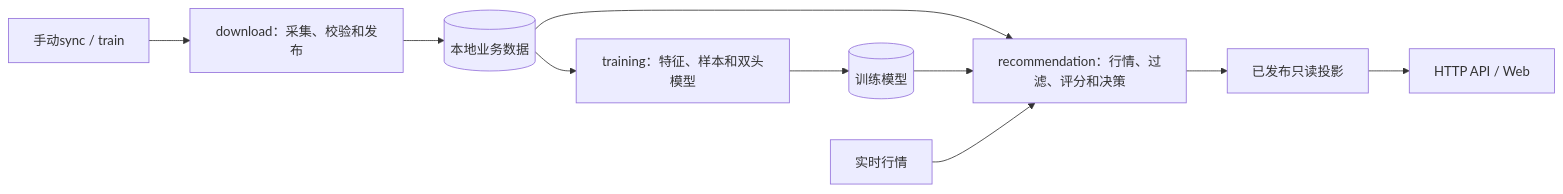
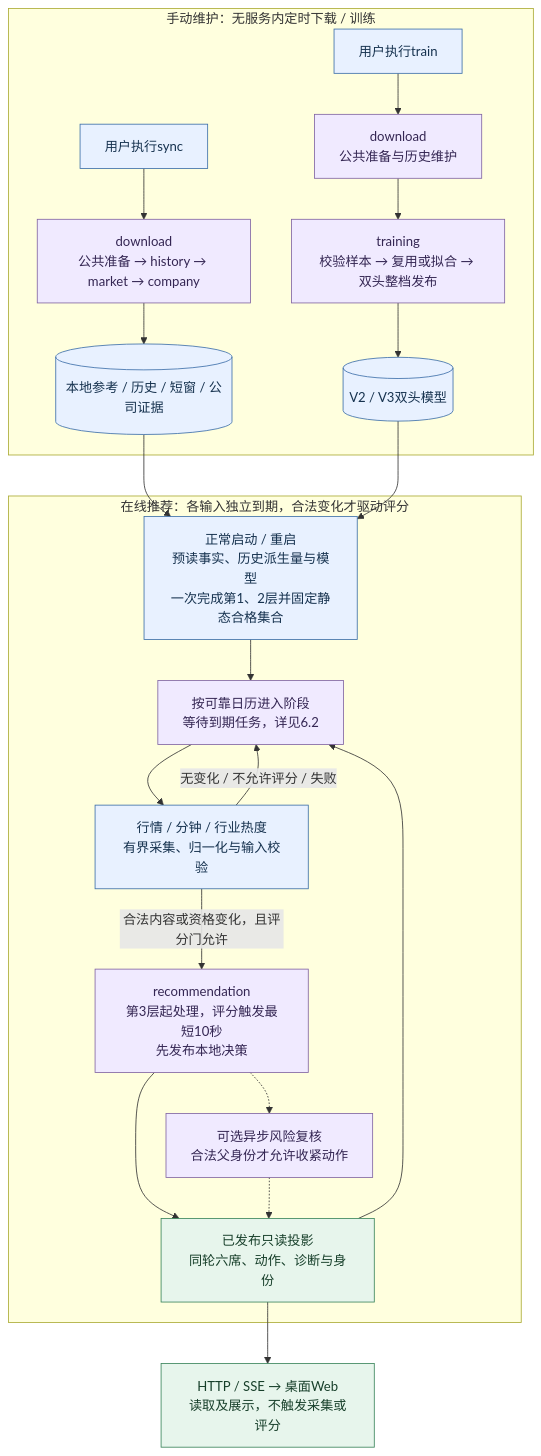
Before and after one commit to 373699756/trader: the first of 6 diagrams in docs/2_工程设计.md, drawn with Mermaid. The commit also changed other lines of this file and 22 other files, not shown here.

Commit message:
原因：荐股链条每次都重新读取第一，第二层，优化一些图形的绘制，14:48后也是10s进行一次股票实时数据的读取，之前1s感觉数据采集都完不成，何况后的过滤，评分等流程。  改动：启动的时候读取一次到内存就行了，那些慢的数据，都是只在启动时读取一次就行，。     未完成项：本次改动测试没有验证完，token就消耗完成，后续需要补充完成，另外之前的各个任务的间隔，web推送30s？这个时间怎么来的，需要继续梳理。

```diff
--- a/docs/2_工程设计.md
+++ b/docs/2_工程设计.md
@@ -46,12 +48,29 @@
 ~~~mermaid
-flowchart LR
-    S["手动sync / train"] --> D["download：采集、校验和发布"]
-    D --> DB[("本地业务数据")]
-    DB --> T["training：特征、样本和双头模型"]
-    T --> M[("训练模型")]
-    DB --> R["recommendation：行情、过滤、评分和决策"]
-    M --> R
-    Q["实时行情"] --> R
-    R --> V["已发布只读投影"]
-    V --> H["HTTP API / Web"]
+flowchart TB
+    subgraph Offline["手动维护：无服务内定时下载 / 训练"]
+        S["用户执行sync"] --> D["download<br/>公共准备 → history → market → company"]
+        Train["用户执行train"] --> Prepare["download<br/>公共准备与历史维护"]
+        Prepare --> T["training<br/>校验样本 → 复用或拟合 → 双头整档发布"]
+        D --> DB[("本地参考 / 历史 / 短窗 / 公司证据")]
+        T --> M[("V2 / V3双头模型")]
+    end
+    DB --> Boot["正常启动 / 重启<br/>预读事实、历史派生量与模型<br/>一次完成第1、2层并固定静态合格集合"]
+    M --> Boot
+    subgraph Online["在线推荐：各输入独立到期，合法变化才驱动评分"]
+        Boot --> Tick["按可靠日历进入阶段<br/>等待到期任务，详见6.2"]
+        Tick --> Q["行情 / 分钟 / 行业热度<br/>有界采集、归一化与输入校验"]
+        Q -->|合法内容或资格变化，且评分门允许| R["recommendation<br/>第3层起处理，评分触发最短10秒<br/>先发布本地决策"]
+        Q -->|无变化 / 不允许评分 / 失败| Tick
+        R --> V["已发布只读投影<br/>同轮六席、动作、诊断与身份"]
+        V --> Tick
+        R -.-> Review["可选异步风险复核<br/>合法父身份才允许收紧动作"]
+        Review -.-> V
+    end
+    V --> H["HTTP / SSE → 桌面Web<br/>读取及展示，不触发采集或评分"]
+    classDef input fill:#e8f1ff,stroke:#3b6ea8,color:#16324f;
+    classDef work fill:#f0eaff,stroke:#8064a2,color:#342653;
+    classDef result fill:#e7f5ec,stroke:#39845a,color:#173f2a;
+    class S,Train,DB,M,Boot,Q input;
+    class D,Prepare,T,Tick,R,Review work;
+    class V,H result;
 ~~~
```
